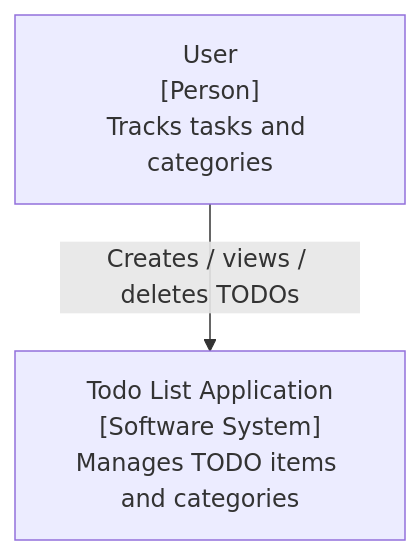
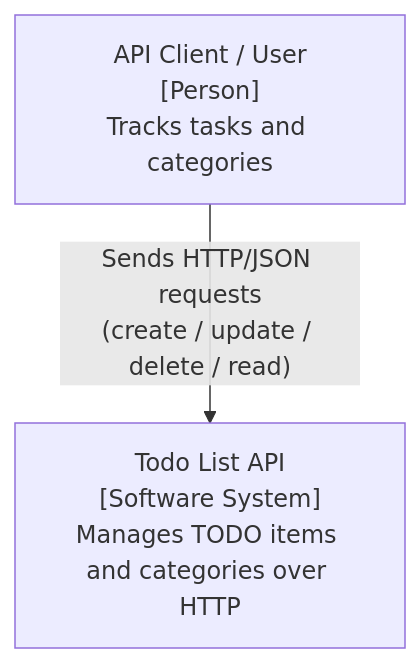
Before and after one commit to rahulkrishnanfs/todolist: the first of 3 diagrams in README.md, drawn with Mermaid. The commit also changed other lines of this file and 7 other files, not shown here.

````diff
--- a/README.md
+++ b/README.md
@@ -71,7 +102,7 @@
 ```mermaid
 flowchart TD
-    user["User<br/>[Person]<br/>Tracks tasks and categories"]
-    system["Todo List Application<br/>[Software System]<br/>Manages TODO items and categories"]
+    user["API Client / User<br/>[Person]<br/>Tracks tasks and categories"]
+    system["Todo List API<br/>[Software System]<br/>Manages TODO items and categories over HTTP"]
 
-    user -->|"Creates / views / deletes TODOs"| system
+    user -->|"Sends HTTP/JSON requests<br/>(create / update / delete / read)"| system
 ```
````
